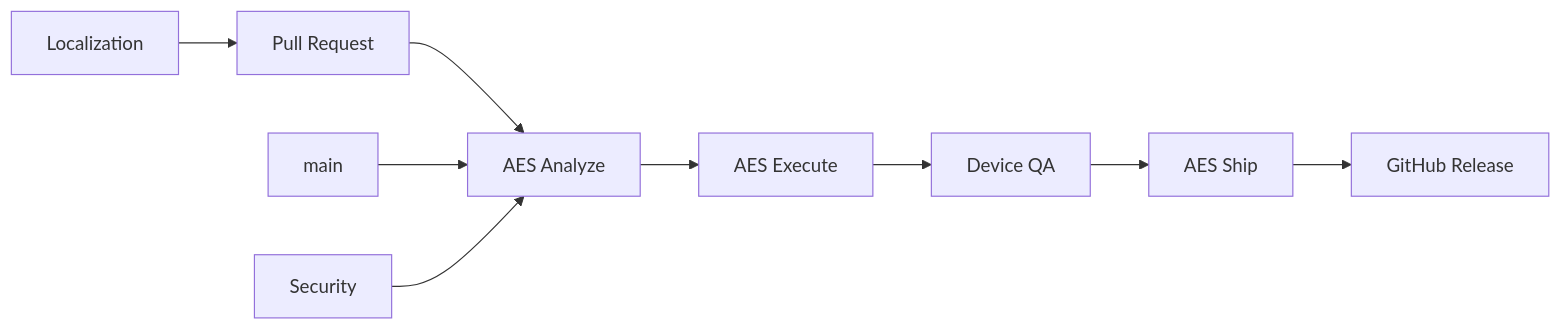
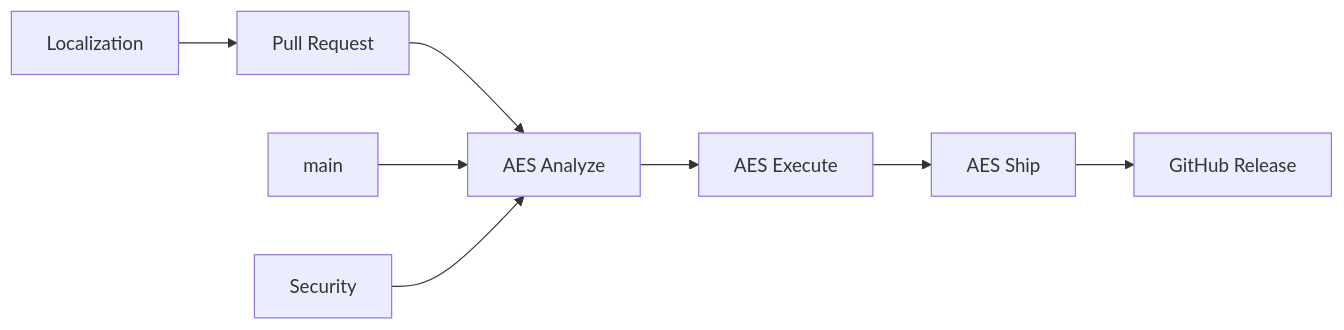
The third of 3 diagrams in README.md (FebriCahyaa/Chrona), drawn with Mermaid before and after one commit. The commit also changed other lines of this file and 34 other files, not shown here.

````diff
--- a/README.md
+++ b/README.md
@@ -56,11 +55,10 @@
 ```mermaid
 flowchart LR
     PR[Pull Request] --> A[AES Analyze]
     MAIN[main] --> A
     A --> E[AES Execute]
-    E --> D[Device QA]
-    D --> S[AES Ship]
+    E --> S[AES Ship]
     S --> GH[GitHub Release]
     SEC[Security] --> A
     LOC[Localization] --> PR
 ```
````
